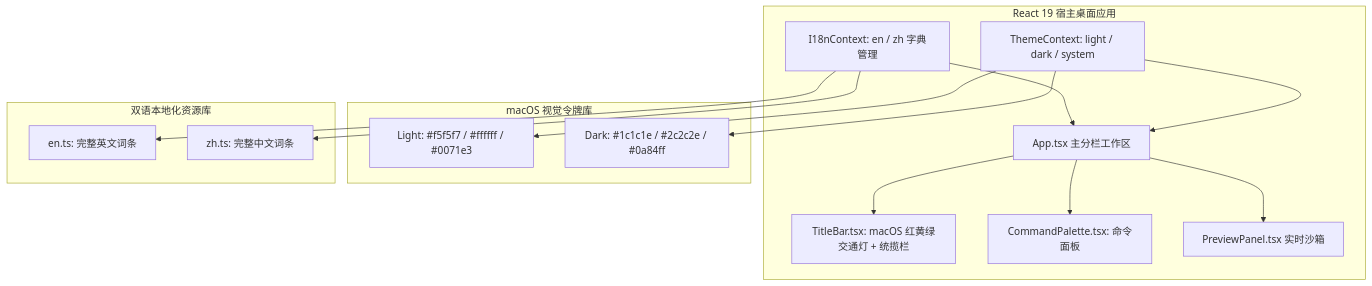
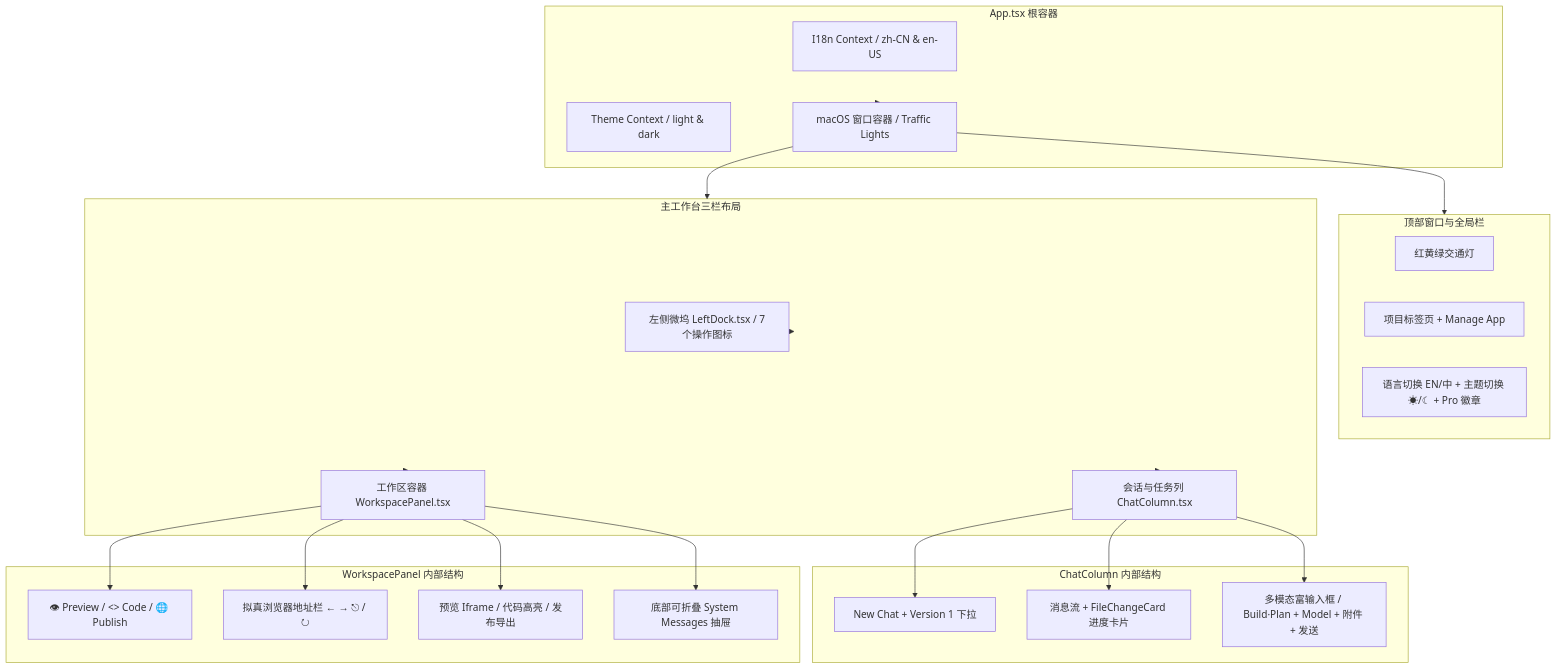
Before and after one commit to blue-idea/BuildUI: the first of 2 diagrams in docs/spec/versions/v6/design.md, drawn with Mermaid. The commit also changed other lines of this file and 6 other files, not shown here.

Commit message:
docs(spec): align v6 specifications with three-column macOS workbench, theme and i18n contracts

````diff
--- a/docs/spec/versions/v6/design.md
+++ b/docs/spec/versions/v6/design.md
@@ -15,32 +15,50 @@
 ```mermaid
 graph TD
-    subgraph HostFrontend [React 19 宿主桌面应用]
-        ThemeContext[ThemeContext: light / dark / system]
-        I18nContext[I18nContext: en / zh 字典管理]
-        TitleBar[TitleBar.tsx: macOS 红黄绿交通灯 + 统揽栏]
-        CommandPalette[CommandPalette.tsx: 命令面板]
-        AppUI[App.tsx 主分栏工作区]
-        PreviewContainer[PreviewPanel.tsx 实时沙箱]
+    subgraph AppRoot [App.tsx 根容器]
+        I18nProvider[I18n Context / zh-CN & en-US]
+        ThemeProvider[Theme Context / light & dark]
+        WindowFrame[macOS 窗口容器 / Traffic Lights]
     end
 
-    subgraph DesignTokens [macOS 视觉令牌库]
-        LightTokens[Light: #f5f5f7 / #ffffff / #0071e3]
-        DarkTokens[Dark: #1c1c1e / #2c2c2e / #0a84ff]
+    subgraph WindowHeader [顶部窗口与全局栏]
+        TrafficLights[红黄绿交通灯]
+        AppTabs[项目标签页 + Manage App]
+        HeaderRight[语言切换 EN/中 + 主题切换 ☀/☾ + Pro 徽章]
     end
 
-    subgraph Locales [双语本地化资源库]
-        LocEN[en.ts: 完整英文词条]
-        LocZH[zh.ts: 完整中文词条]
+    subgraph MainWorkbench [主工作台三栏布局]
+        LeftDock[左侧微坞 LeftDock.tsx / 7个操作图标]
+        ChatColumn[会话与任务列 ChatColumn.tsx]
+        PreviewColumn[工作区容器 WorkspacePanel.tsx]
     end
 
-    ThemeContext --> LightTokens
-    ThemeContext --> DarkTokens
-    I18nContext --> LocEN
-    I18nContext --> LocZH
+    subgraph ChatColumnSub [ChatColumn 内部结构]
+        ChatHeader[New Chat + Version 1 下拉]
+        ChatFeed[消息流 + FileChangeCard 进度卡片]
+        ChatInput[多模态富输入框 / Build·Plan + Model + 附件 + 发送]
+    end
 
-    ThemeContext --> AppUI
-    I18nContext --> AppUI
-    AppUI --> TitleBar
-    AppUI --> CommandPalette
-    AppUI --> PreviewContainer
+    subgraph PreviewColumnSub [WorkspacePanel 内部结构]
+        SegmentedTabs[👁 Preview / <> Code / 🌐 Publish]
+        BrowserBar[拟真浏览器地址栏 ← → ⎋ / ↻]
+        CanvasArea[预览 Iframe / 代码高亮 / 发布导出]
+        SystemDrawer[底部可折叠 System Messages 抽屉]
+    end
+
+    AppRoot --> WindowFrame
+    WindowFrame --> WindowHeader
+    WindowFrame --> MainWorkbench
+
+    MainWorkbench --> LeftDock
+    MainWorkbench --> ChatColumn
+    MainWorkbench --> PreviewColumn
+
+    ChatColumn --> ChatHeader
+    ChatColumn --> ChatFeed
+    ChatColumn --> ChatInput
+
+    PreviewColumn --> SegmentedTabs
+    PreviewColumn --> BrowserBar
+    PreviewColumn --> CanvasArea
+    PreviewColumn --> SystemDrawer
 ```
````
